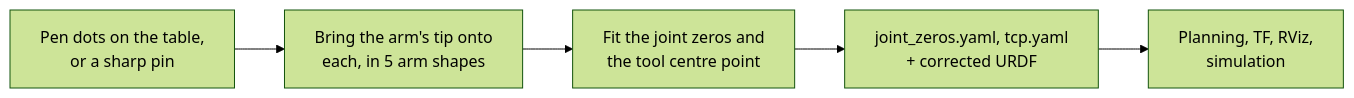
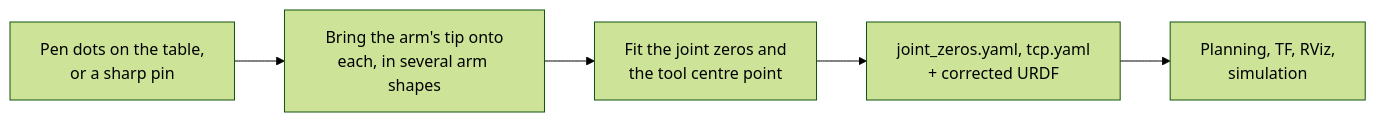
The diagram in README.md (Yadunund/calib-kit), drawn with Mermaid (forest theme) before and after one commit. The commit also changed other lines of this file and 14 other files, not shown here.

````diff
--- a/README.md
+++ b/README.md
@@ -47,7 +47,7 @@
 ```mermaid
 flowchart LR
-    A["Pen dots on the table,<br/>or a sharp pin"] --> B["Bring the arm's tip onto<br/>each, in 5 arm shapes"]
+    A["Pen dots on the table,<br/>or a sharp pin"] --> B["Bring the arm's tip onto<br/>each, in several arm shapes"]
     B --> C["Fit the joint zeros and<br/>the tool centre point"]
     C --> D["joint_zeros.yaml, tcp.yaml<br/>+ corrected URDF"]
     D --> E["Planning, TF, RViz,<br/>simulation"]
 ```
````
